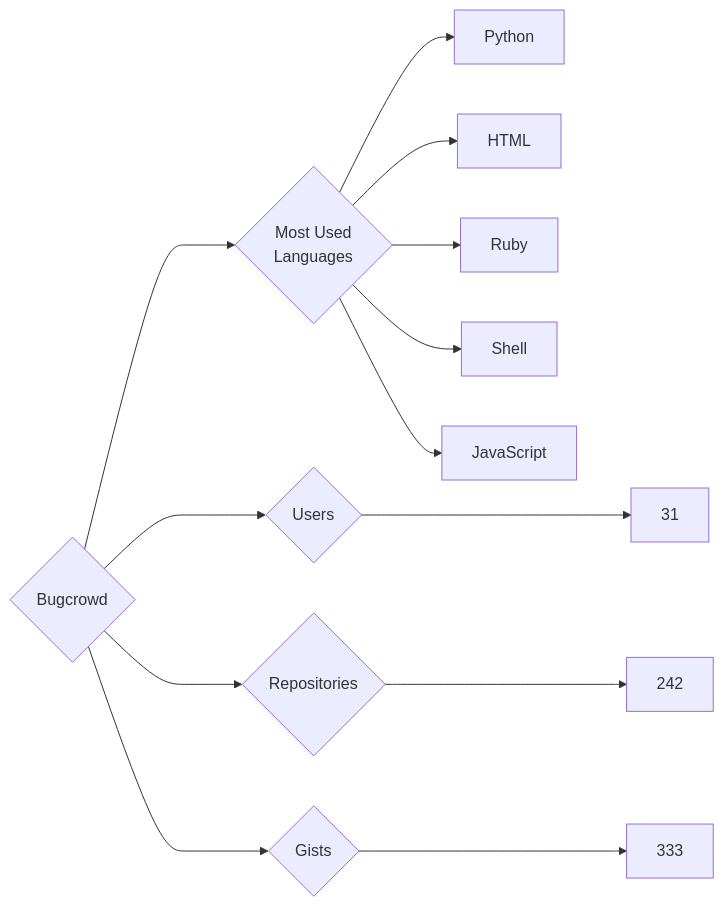
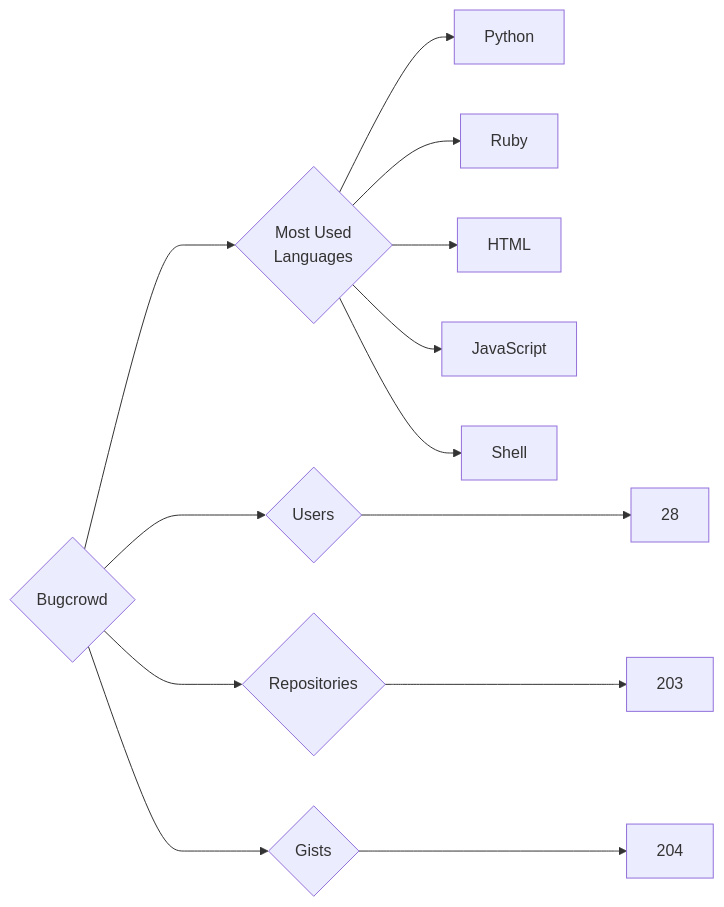
The diagram in targets/Bugcrowd/README.md (trickest/insiders), drawn with Mermaid before and after one commit. The commit also changed 874 other files, not shown here.

````diff
--- a/targets/Bugcrowd/README.md
+++ b/targets/Bugcrowd/README.md
@@ -3,13 +3,13 @@
 ```mermaid
 graph LR
 COMPANY_NAME{Bugcrowd}
-COMPANY_NAME ---> U{Users} ---> UN[31]
-COMPANY_NAME ---> R{Repositories} ---> RN[242]
-COMPANY_NAME ---> G{Gists} ---> GN[333]
+COMPANY_NAME ---> U{Users} ---> UN[28]
+COMPANY_NAME ---> R{Repositories} ---> RN[203]
+COMPANY_NAME ---> G{Gists} ---> GN[204]
 COMPANY_NAME ---> ML{Most Used<br>Languages}
 ML --> Python[Python]
+ML --> Ruby[Ruby]
 ML --> HTML[HTML]
-ML --> Ruby[Ruby]
+ML --> JavaScript[JavaScript]
 ML --> Shell[Shell]
-ML --> JavaScript[JavaScript]
 ```
````
